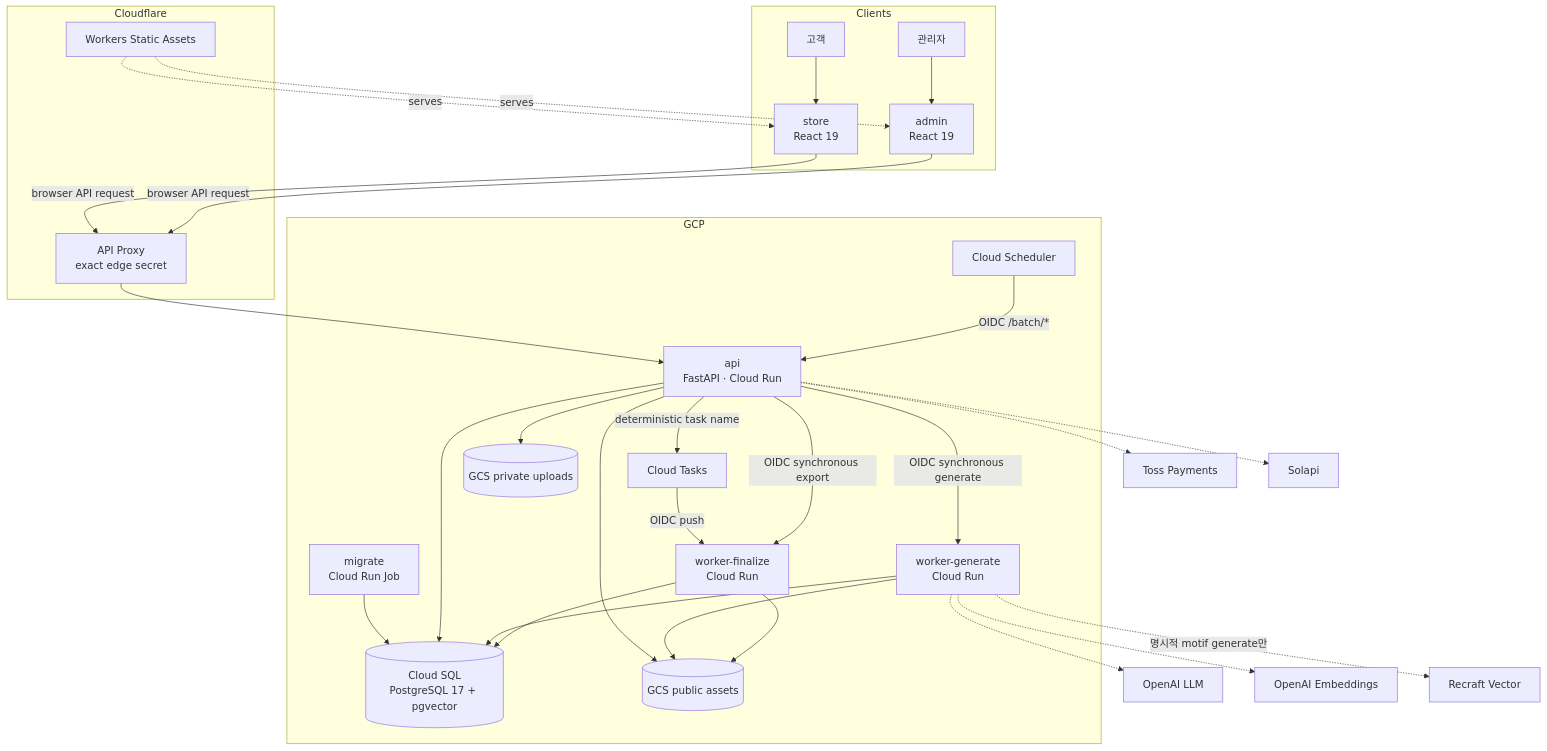
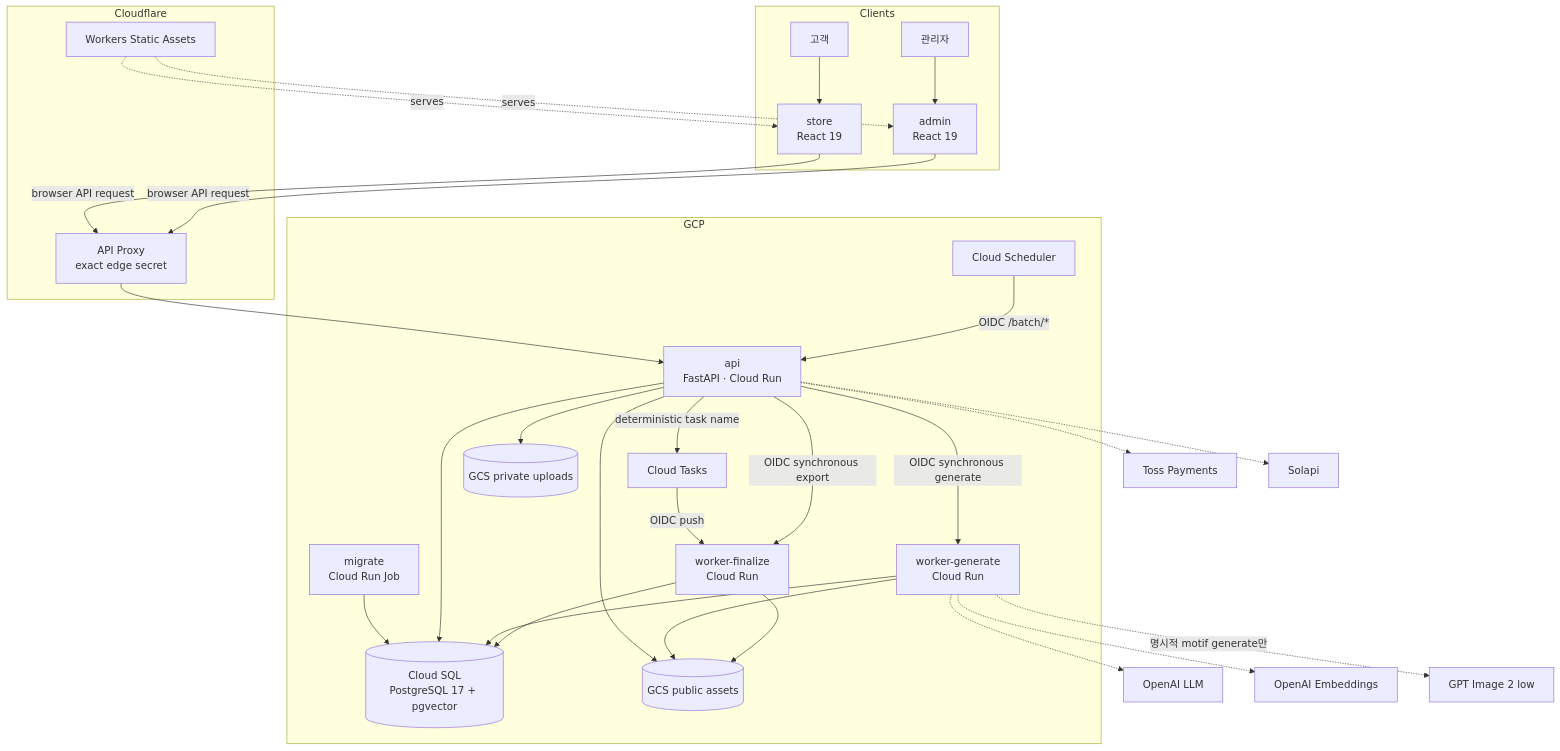
The first of 8 diagrams in ARCHITECTURE.md (Bongseop-Kim/essesion), drawn with Mermaid before and after one commit. The commit also changed other lines of this file and 139 other files, not shown here.

Commit message:
Replace Recraft motif generation with GPT Image pipeline

````diff
--- a/ARCHITECTURE.md
+++ b/ARCHITECTURE.md
@@ -87,53 +87,53 @@
 ```mermaid
 flowchart TB
     subgraph Clients
         Customer[고객]
         Operator[관리자]
         Store[store<br/>React 19]
         Admin[admin<br/>React 19]
         Customer --> Store
         Operator --> Admin
     end
 
     subgraph Cloudflare
         Static[Workers Static Assets]
         Proxy[API Proxy<br/>exact edge secret]
         Static -. serves .-> Store
         Static -. serves .-> Admin
         Store -->|browser API request| Proxy
         Admin -->|browser API request| Proxy
     end
 
     subgraph GCP
         API[api<br/>FastAPI · Cloud Run]
         Generate[worker-generate<br/>Cloud Run]
         Finalize[worker-finalize<br/>Cloud Run]
         Tasks[Cloud Tasks]
         Scheduler[Cloud Scheduler]
         Migrate[migrate<br/>Cloud Run Job]
         SQL[(Cloud SQL<br/>PostgreSQL 17 + pgvector)]
         Assets[(GCS public assets)]
         Uploads[(GCS private uploads)]
 
         Proxy --> API
         API -->|OIDC synchronous generate| Generate
         API -->|deterministic task name| Tasks
         Tasks -->|OIDC push| Finalize
         API -->|OIDC synchronous export| Finalize
         Scheduler -->|OIDC /batch/*| API
         Migrate --> SQL
         API --> SQL
         Generate --> SQL
         Finalize --> SQL
         API --> Assets
         API --> Uploads
         Generate --> Assets
         Finalize --> Assets
     end
 
     Generate -.-> LLM[OpenAI LLM]
     Generate -.-> Embedding[OpenAI Embeddings]
-    Generate -.->|명시적 motif generate만| Recraft[Recraft Vector]
+    Generate -.->|명시적 motif generate만| GPTImage[GPT Image 2 low]
     API -.-> Toss[Toss Payments]
     API -.-> Solapi[Solapi]
 ```
````
